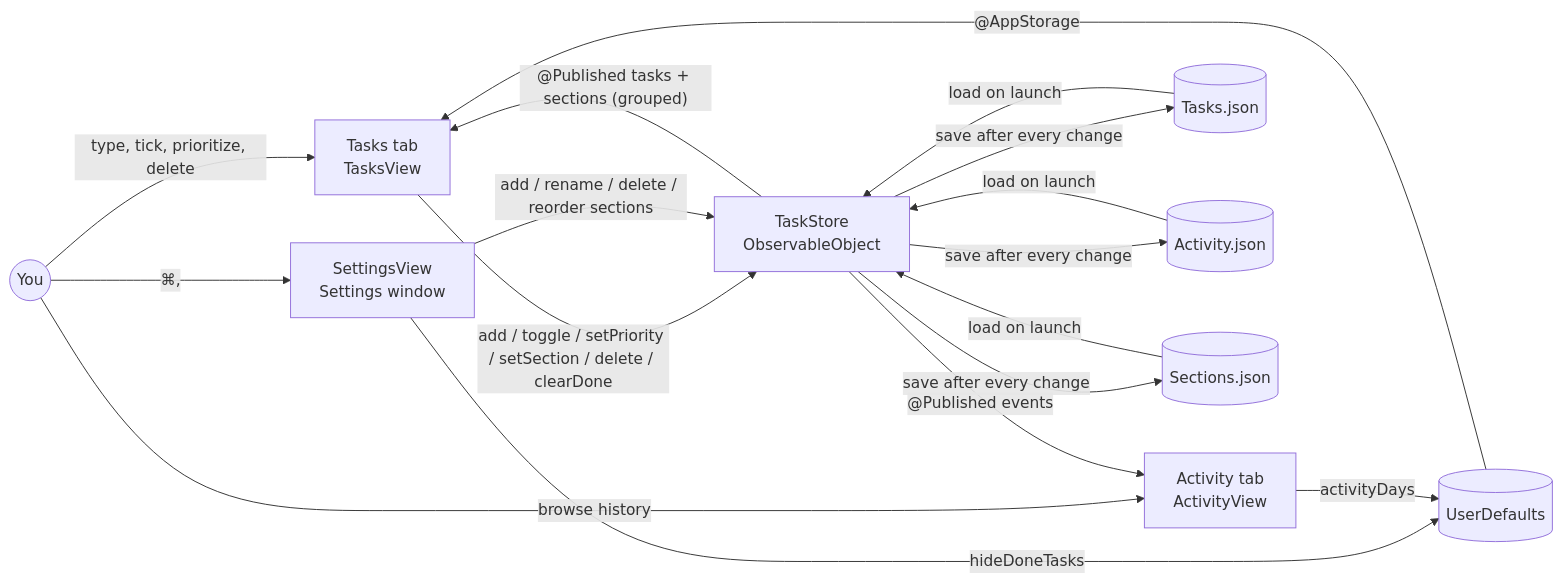
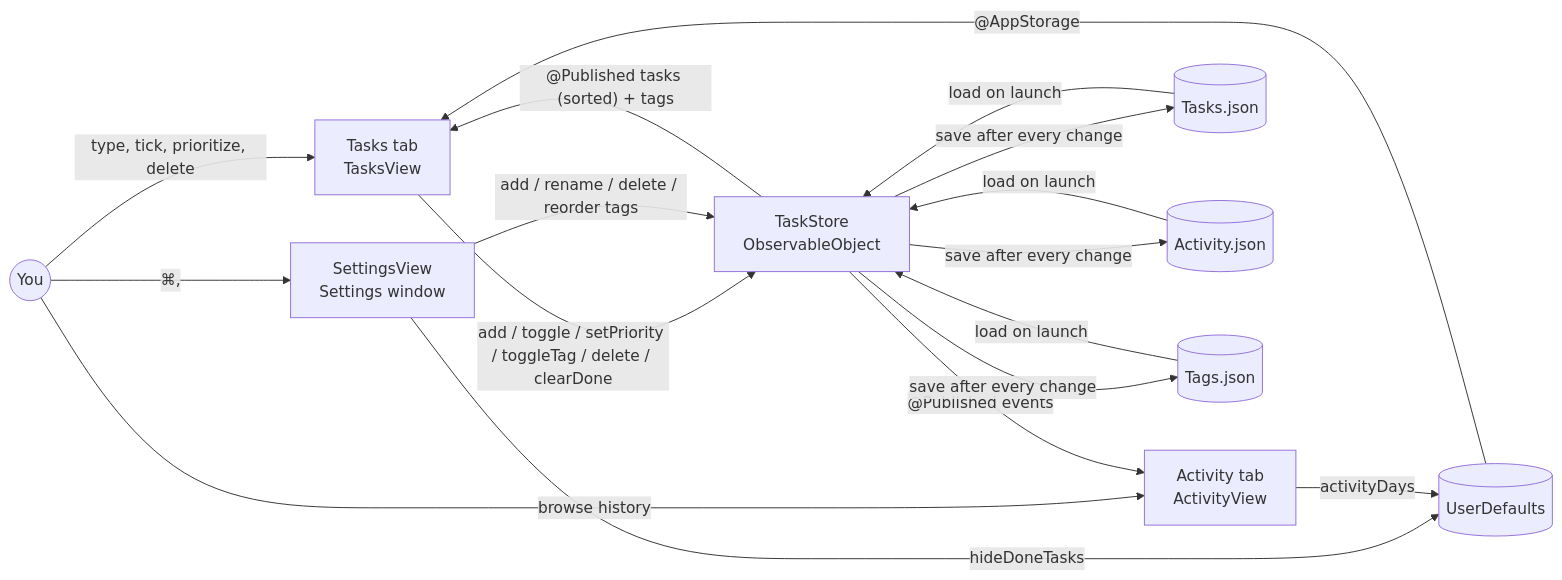
Before and after one commit to amalmehta/SuperSimpleTodo: the diagram in docs/SYSTEM-DESIGN.md, drawn with Mermaid. The commit also changed other lines of this file and 8 other files, not shown here.

Commit message:
Replace sections with tags on a single list

````diff
--- a/docs/SYSTEM-DESIGN.md
+++ b/docs/SYSTEM-DESIGN.md
@@ -7,17 +7,17 @@
 ```mermaid
 flowchart LR
     User((You)) -->|type, tick, prioritize, delete| TV[Tasks tab<br/>TasksView]
     User -->|browse history| AV[Activity tab<br/>ActivityView]
     User -->|⌘,| SV[SettingsView<br/>Settings window]
-    TV -->|add / toggle / setPriority / setSection / delete / clearDone| TS[TaskStore<br/>ObservableObject]
-    SV -->|add / rename / delete / reorder sections| TS
-    TS -->|"@Published tasks + sections (grouped)"| TV
+    TV -->|add / toggle / setPriority / toggleTag / delete / clearDone| TS[TaskStore<br/>ObservableObject]
+    SV -->|add / rename / delete / reorder tags| TS
+    TS -->|"@Published tasks (sorted) + tags"| TV
     TS -->|"@Published events"| AV
     TS -->|save after every change| TJ[(Tasks.json)]
     TS -->|save after every change| AJ[(Activity.json)]
-    TS -->|save after every change| SJ[(Sections.json)]
+    TS -->|save after every change| SJ[(Tags.json)]
     TJ & AJ & SJ -->|load on launch| TS
     SV -->|hideDoneTasks| UD[(UserDefaults)]
     AV -->|activityDays| UD
     UD -->|"@AppStorage"| TV
 ```
````
